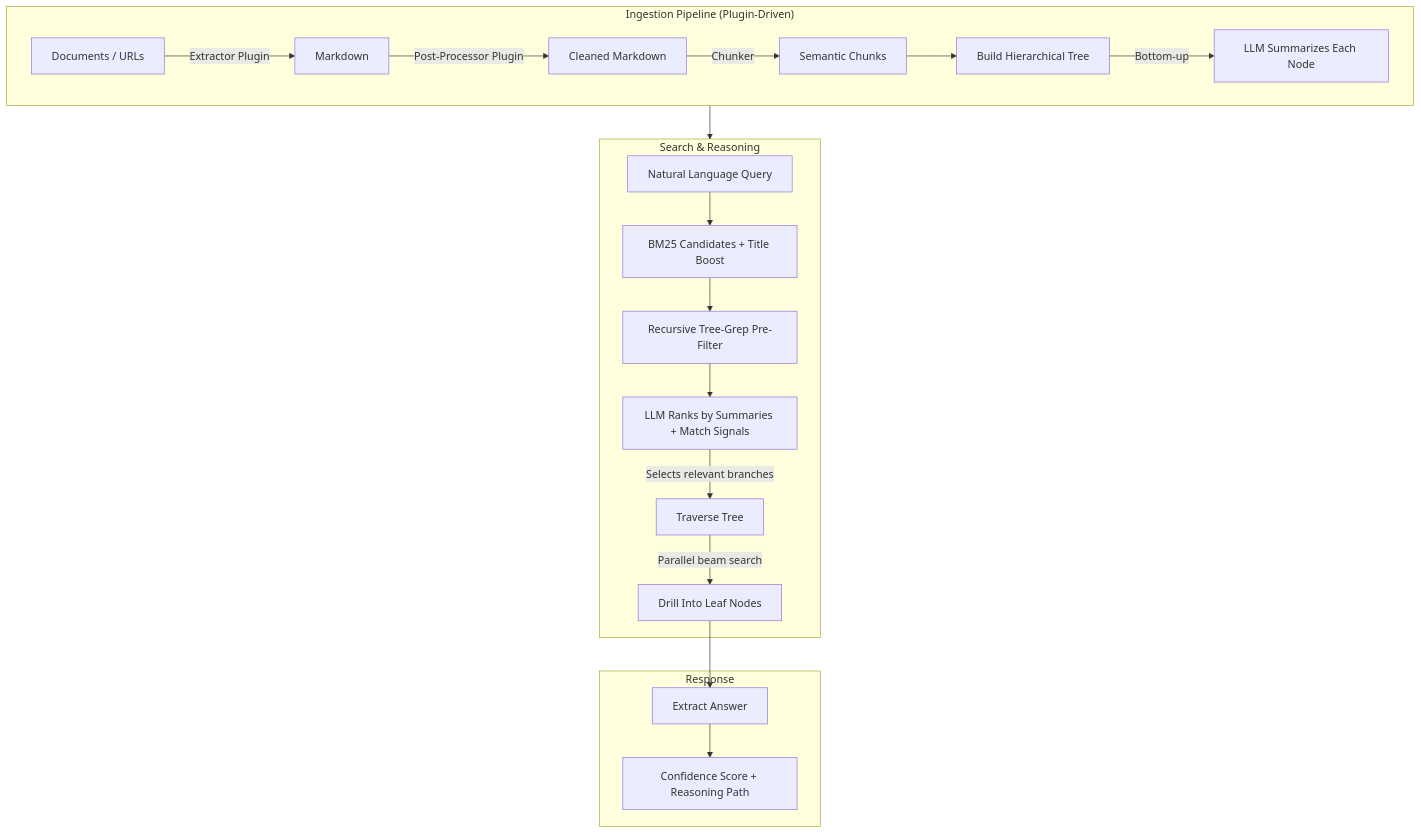
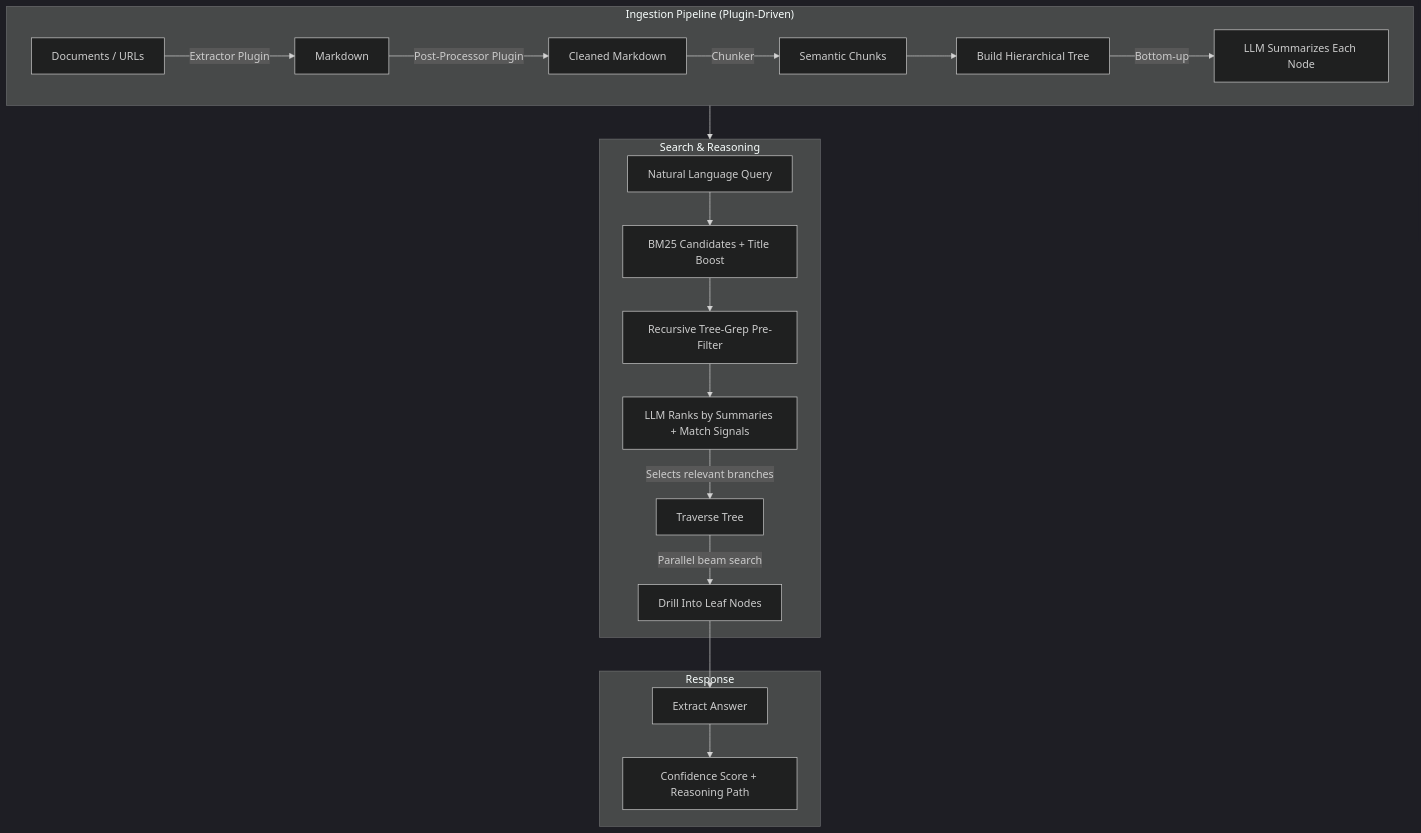
One commit to brainfish-ai/ReasonDB changed the diagram in README.md. Above: the diagram before and after it, drawn with Mermaid.

Commit message:
docs: update README to include dark theme configuration for flowchart
- Added configuration for a dark theme in the flowchart section of the README to enhance visual presentation.

````diff
--- a/README.md
+++ b/README.md
@@ -103,25 +103,26 @@
 ```mermaid
+%%{init: {'theme': 'dark'}}%%
 flowchart TD
     subgraph Ingestion["Ingestion Pipeline (Plugin-Driven)"]
         A["Documents / URLs"] -->|Extractor Plugin| B["Markdown"]
         B -->|Post-Processor Plugin| C["Cleaned Markdown"]
         C -->|Chunker| D["Semantic Chunks"]
         D --> E["Build Hierarchical Tree"]
         E -->|Bottom-up| F["LLM Summarizes Each Node"]
     end
 
     subgraph Search["Search & Reasoning"]
         G["Natural Language Query"] --> G1["BM25 Candidates + Title Boost"]
         G1 --> G2["Recursive Tree-Grep Pre-Filter"]
         G2 --> H["LLM Ranks by Summaries + Match Signals"]
         H -->|Selects relevant branches| I["Traverse Tree"]
         I -->|Parallel beam search| J["Drill Into Leaf Nodes"]
     end
 
     subgraph Result["Response"]
         J --> K["Extract Answer"]
         K --> L["Confidence Score + Reasoning Path"]
     end
 
     Ingestion --> Search
 ```
````
